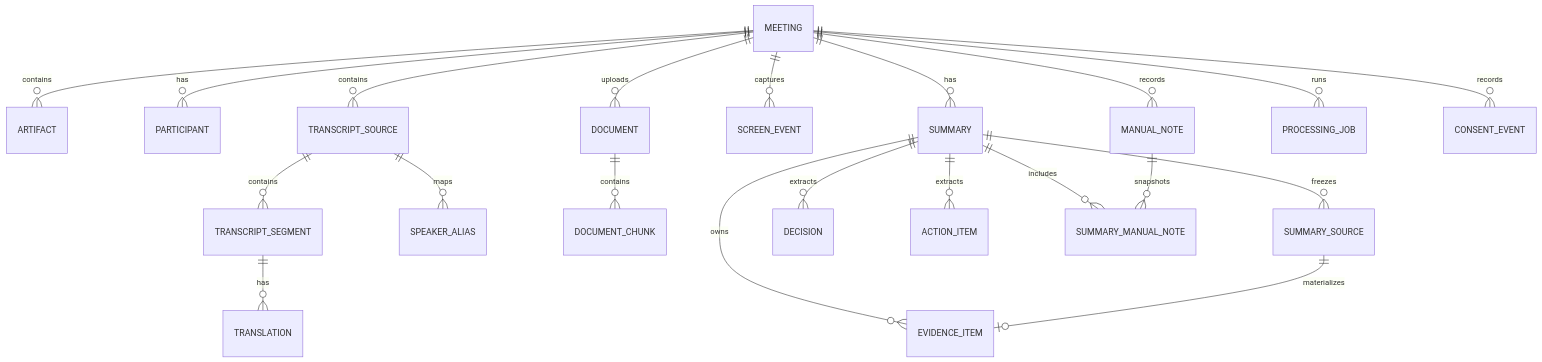
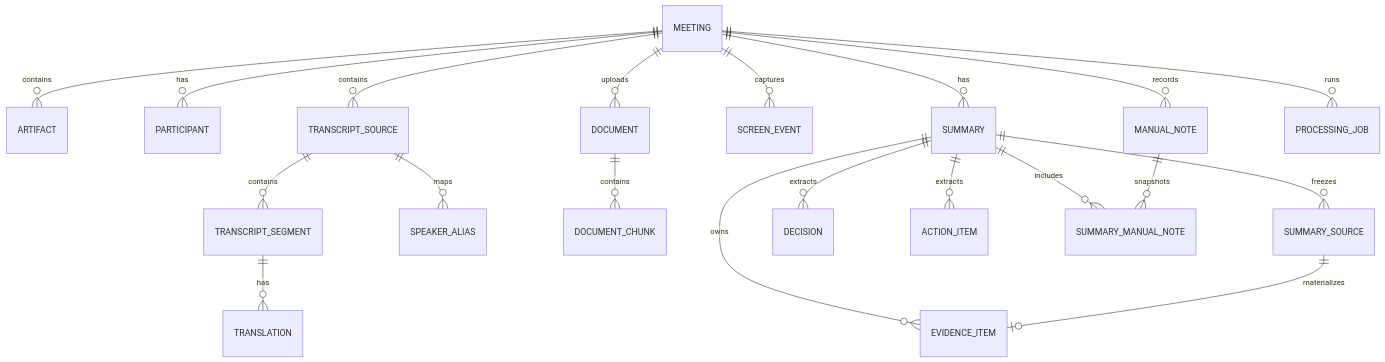
The diagram in DATA_MODEL.md (Gray-8a/MeetingLens), drawn with Mermaid before and after one commit. The commit also changed other lines of this file and 10 other files, not shown here.

Commit message:
docs: rebaseline personal edition roadmap (#23)

````diff
--- a/DATA_MODEL.md
+++ b/DATA_MODEL.md
@@ -18,23 +18,22 @@
 ```mermaid
 erDiagram
     MEETING ||--o{ ARTIFACT : contains
     MEETING ||--o{ PARTICIPANT : has
     MEETING ||--o{ TRANSCRIPT_SOURCE : contains
     TRANSCRIPT_SOURCE ||--o{ TRANSCRIPT_SEGMENT : contains
     TRANSCRIPT_SOURCE ||--o{ SPEAKER_ALIAS : maps
     TRANSCRIPT_SEGMENT ||--o{ TRANSLATION : has
     MEETING ||--o{ MANUAL_NOTE : records
     MEETING ||--o{ SCREEN_EVENT : captures
     MEETING ||--o{ DOCUMENT : uploads
     DOCUMENT ||--o{ DOCUMENT_CHUNK : contains
     MEETING ||--o{ SUMMARY : has
     SUMMARY ||--o{ SUMMARY_SOURCE : freezes
     SUMMARY ||--o{ EVIDENCE_ITEM : owns
     SUMMARY_SOURCE ||--o| EVIDENCE_ITEM : materializes
     SUMMARY ||--o{ DECISION : extracts
     SUMMARY ||--o{ ACTION_ITEM : extracts
     SUMMARY ||--o{ SUMMARY_MANUAL_NOTE : includes
     MANUAL_NOTE ||--o{ SUMMARY_MANUAL_NOTE : snapshots
     MEETING ||--o{ PROCESSING_JOB : runs
-    MEETING ||--o{ CONSENT_EVENT : records
 ```
````
